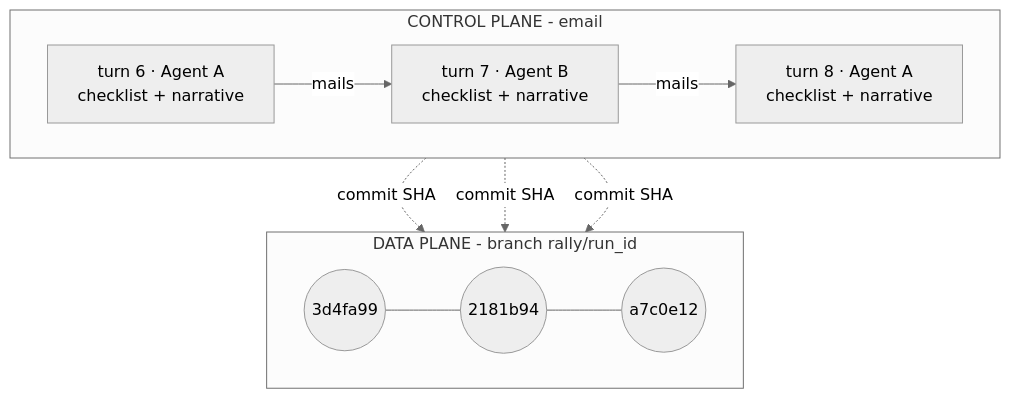
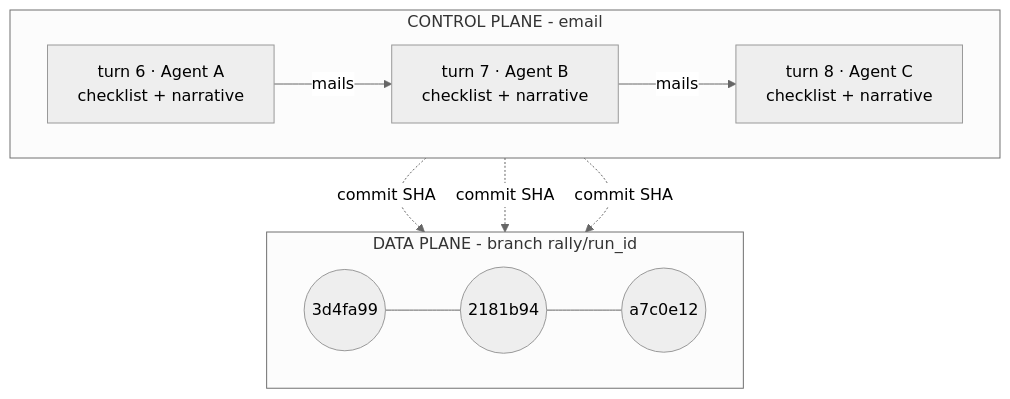
One commit to Agent9AI/rally changed the first of 4 diagrams in docs/DIAGRAMS.md. Above: the diagram before and after it, drawn with Mermaid (neutral theme). The commit also changed other lines of this file and 50 other files, not shown here.

````diff
--- a/docs/DIAGRAMS.md
+++ b/docs/DIAGRAMS.md
@@ -7,15 +7,15 @@
 ```mermaid
 flowchart TB
     subgraph CP["CONTROL PLANE - email"]
         direction LR
         M6["turn 6 · Agent A<br/>checklist + narrative"] -->|mails| M7["turn 7 · Agent B<br/>checklist + narrative"]
-        M7 -->|mails| M8["turn 8 · Agent A<br/>checklist + narrative"]
+        M7 -->|mails| M8["turn 8 · Agent C<br/>checklist + narrative"]
     end
     subgraph DP["DATA PLANE - branch rally/run_id"]
         direction LR
         C6(("3d4fa99")) --- C7(("2181b94")) --- C8(("a7c0e12"))
     end
     M6 -.commit SHA.-> C6
     M7 -.commit SHA.-> C7
     M8 -.commit SHA.-> C8
 ```
````
